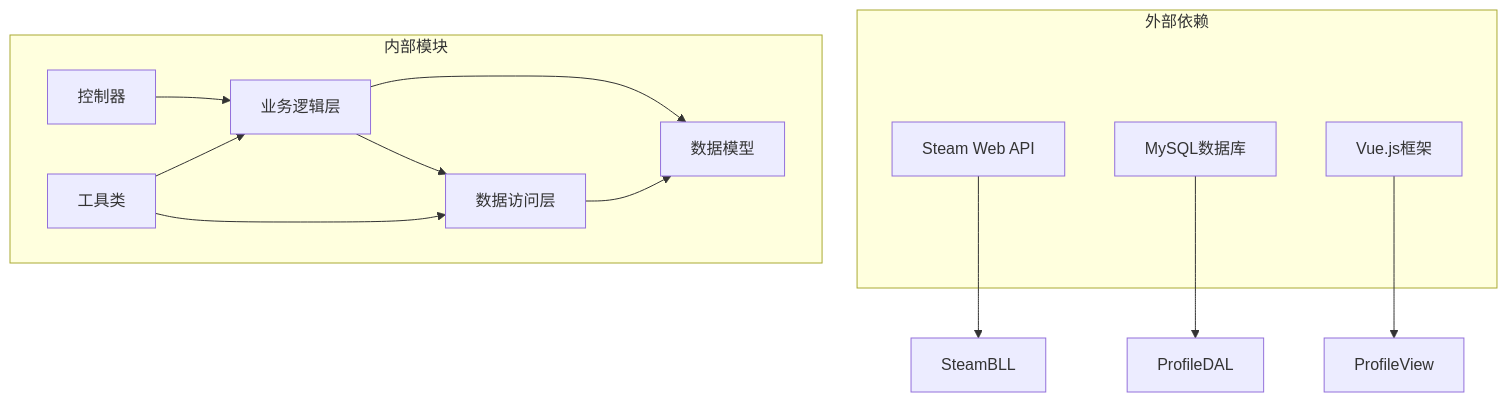
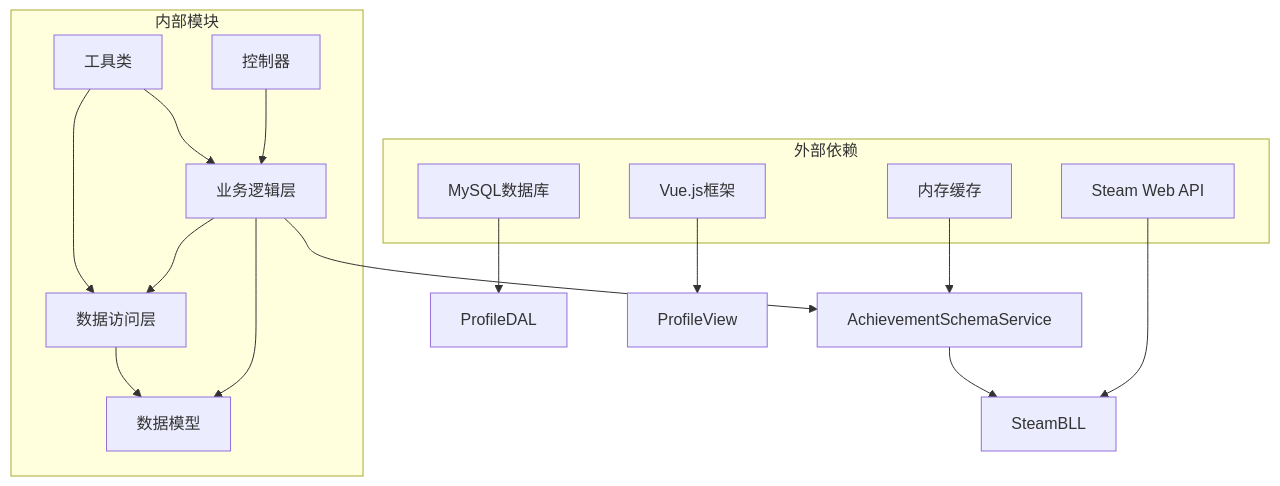
Before and after one commit to TinyMaD/SpeedRunnersLab: the sixth of 6 diagrams in .qoder/repowiki/zh/content/后端 API 服务/用户管理模块/成就系统.md, drawn with Mermaid. The commit also changed other lines of this file and 9 other files, not shown here.

````diff
--- a/.qoder/repowiki/zh/content/后端 API 服务/用户管理模块/成就系统.md
+++ b/.qoder/repowiki/zh/content/后端 API 服务/用户管理模块/成就系统.md
@@ -263,24 +319,28 @@
 ```mermaid
 graph TB
 subgraph "外部依赖"
 SteamAPI[Steam Web API]
+MemoryCache[内存缓存]
 MySQL[MySQL数据库]
 VueJS[Vue.js框架]
 end
 subgraph "内部模块"
 Model[数据模型]
 BLL[业务逻辑层]
 DAL[数据访问层]
 Controller[控制器]
 Utils[工具类]
 end
 SteamAPI --> SteamBLL
+MemoryCache --> AchievementSchemaService
 MySQL --> ProfileDAL
 VueJS --> ProfileView
 Controller --> BLL
 BLL --> DAL
 BLL --> Model
+BLL --> AchievementSchemaService
+AchievementSchemaService --> SteamBLL
 DAL --> Model
 Utils --> BLL
 Utils --> DAL
 ```
````
